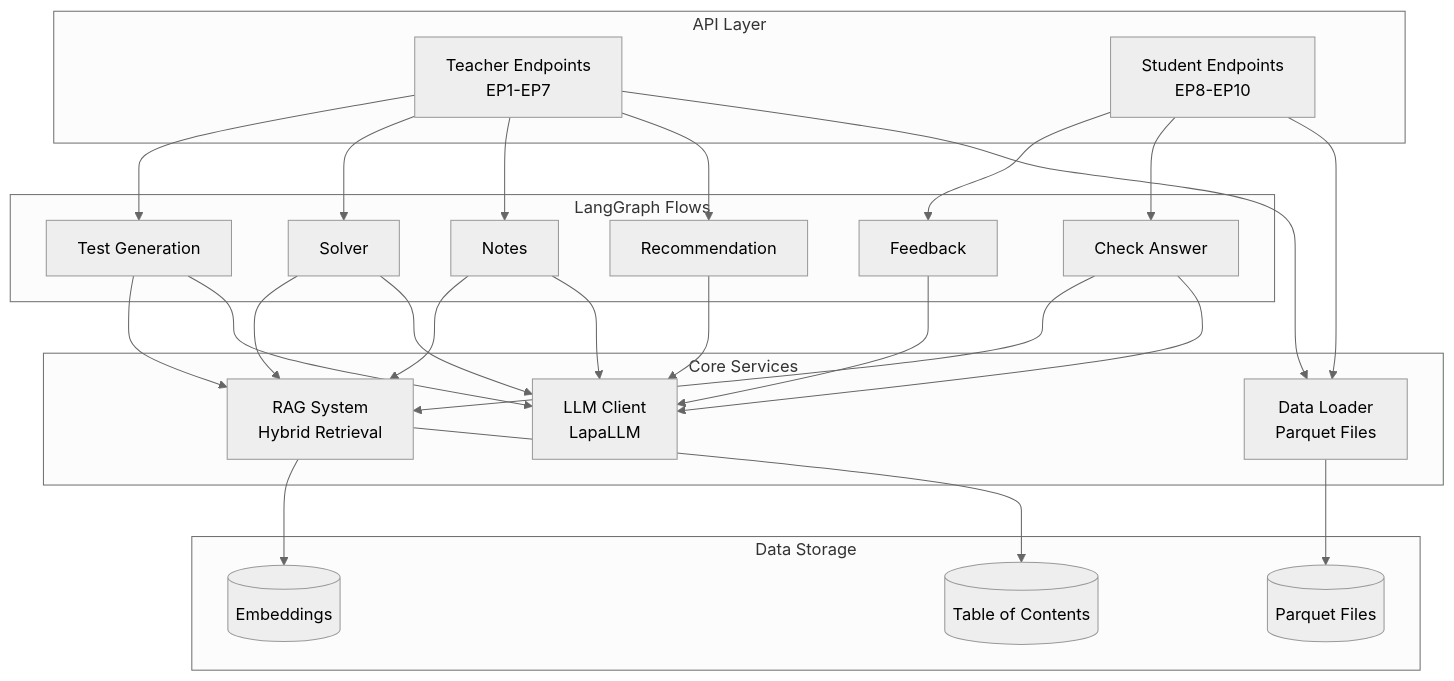
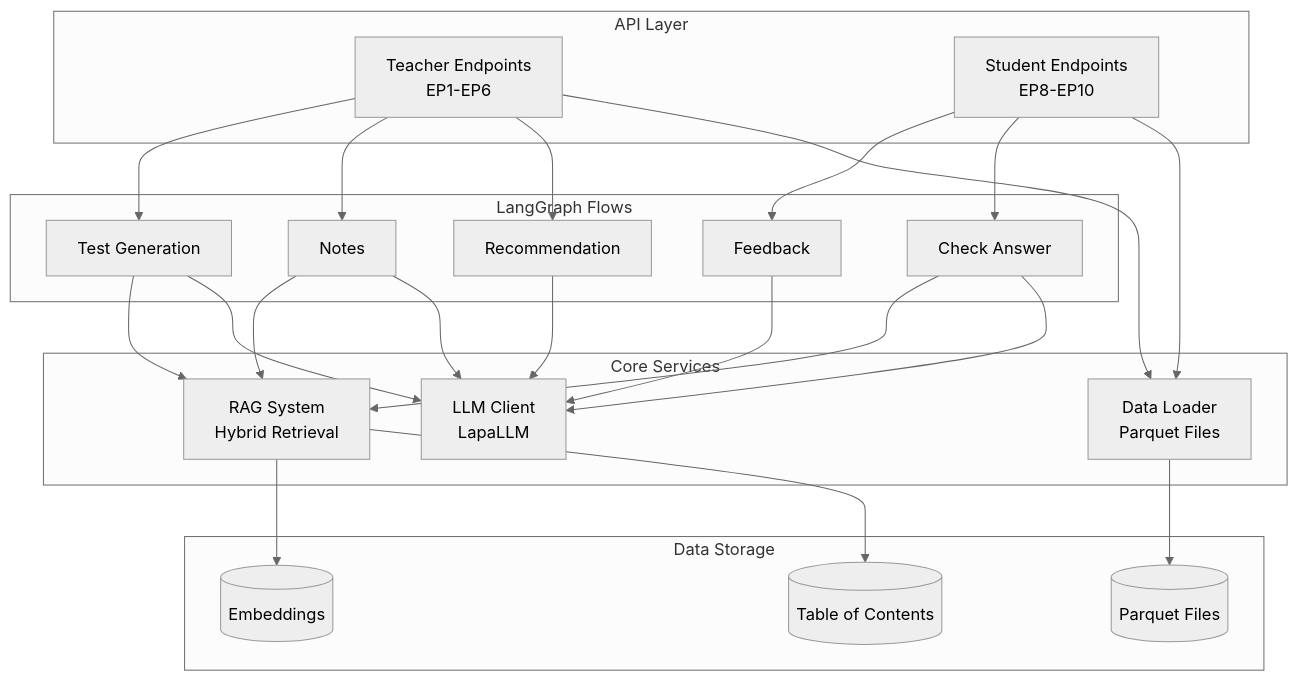
One commit to freger-ucu/ai-tutor changed the first of 7 diagrams in backend/docs/architecture.md. Above: the diagram before and after it, drawn with Mermaid (neutral theme). The commit also changed other lines of this file and 18 other files, not shown here.

````diff
--- a/backend/docs/architecture.md
+++ b/backend/docs/architecture.md
@@ -27,38 +26,37 @@
 ```mermaid
 graph TB
     subgraph "API Layer"
-        T[Teacher Endpoints<br/>EP1-EP7]
+        T[Teacher Endpoints<br/>EP1-EP6]
         S[Student Endpoints<br/>EP8-EP10]
     end
 
     subgraph "LangGraph Flows"
         TG[Test Generation]
-        SV[Solver]
         NT[Notes]
         FB[Feedback]
         CA[Check Answer]
         RC[Recommendation]
     end
 
     subgraph "Core Services"
         RAG[RAG System<br/>Hybrid Retrieval]
         LLM[LLM Client<br/>LapaLLM]
         DL[Data Loader<br/>Parquet Files]
     end
 
     subgraph "Data Storage"
         PQ[(Parquet Files)]
         EMB[(Embeddings)]
         TOC[(Table of Contents)]
     end
 
-    T --> TG & SV & NT & RC
+    T --> TG & NT & RC
     S --> FB & CA
 
-    TG & SV & NT & CA --> RAG
-    TG & SV & NT & FB & CA & RC --> LLM
+    TG & NT & CA --> RAG
+    TG & NT & FB & CA & RC --> LLM
     T & S --> DL
 
     RAG --> EMB & TOC
     DL --> PQ
 ```
````
